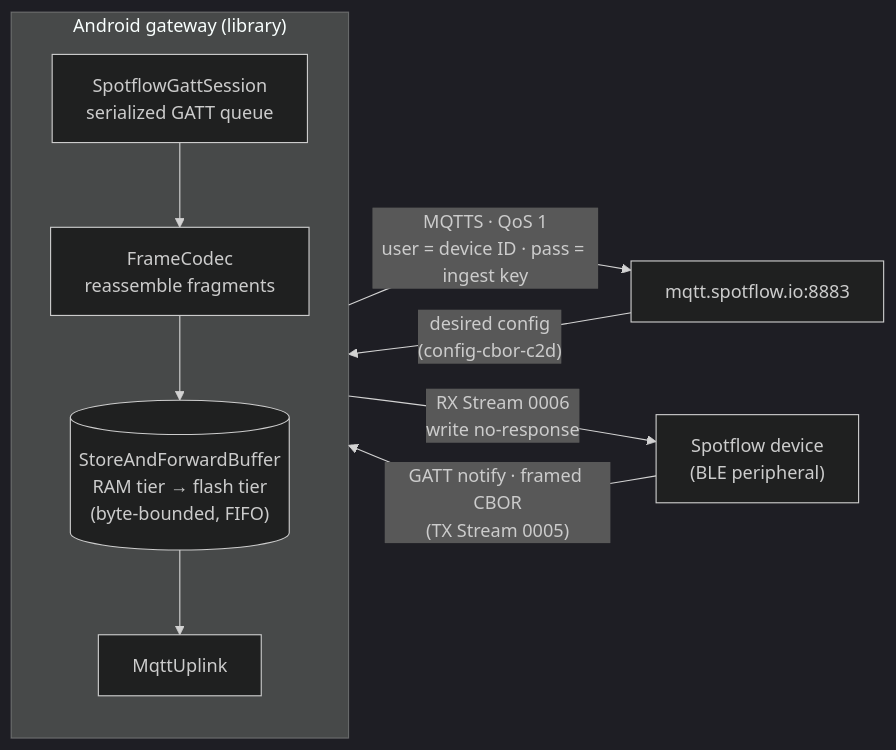
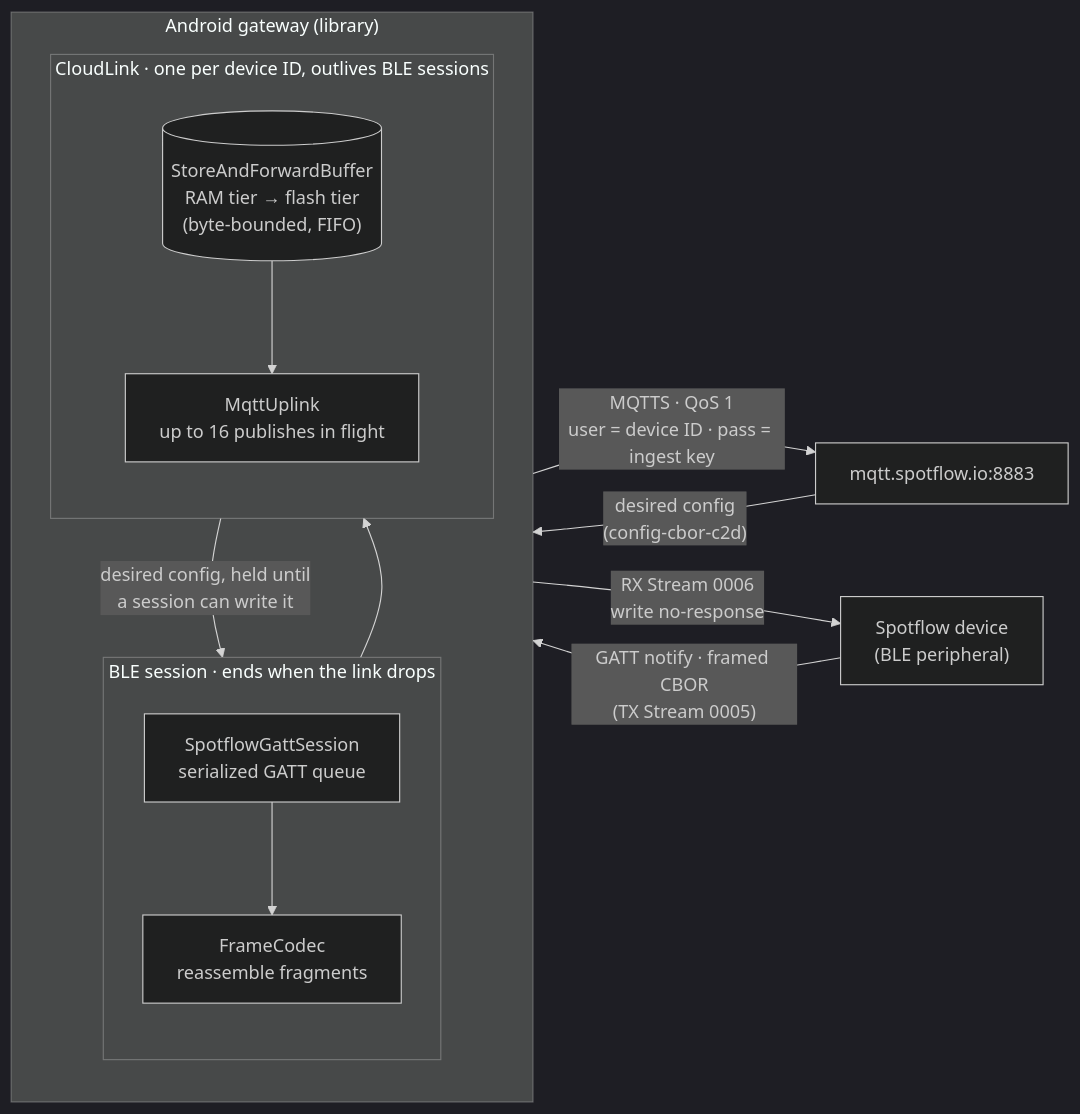
The first of 2 diagrams in README.md (kucerah0nza/spotflow-android-gateway), drawn with Mermaid (dark theme) before and after one commit. The commit also changed other lines of this file, not shown here.

First line of the commit message:
README: bring the diagrams and the build and test notes up to date

````diff
--- a/README.md
+++ b/README.md
@@ -45,20 +45,29 @@
 ```mermaid
 flowchart LR
     D["Spotflow device<br/>(BLE peripheral)"]
 
     subgraph G["Android gateway (library)"]
         direction TB
-        S["SpotflowGattSession<br/>serialized GATT queue"]
-        F["FrameCodec<br/>reassemble fragments"]
-        B[("StoreAndForwardBuffer<br/>RAM tier → flash tier<br/>(byte-bounded, FIFO)")]
-        U["MqttUplink"]
-        S --> F --> B --> U
+        subgraph BLE["BLE session · ends when the link drops"]
+            direction TB
+            S["SpotflowGattSession<br/>serialized GATT queue"]
+            F["FrameCodec<br/>reassemble fragments"]
+            S --> F
+        end
+        subgraph CL["CloudLink · one per device ID, outlives BLE sessions"]
+            direction TB
+            B[("StoreAndForwardBuffer<br/>RAM tier → flash tier<br/>(byte-bounded, FIFO)")]
+            U["MqttUplink<br/>up to 16 publishes in flight"]
+            B --> U
+        end
+        F --> B
     end
 
     C["mqtt.spotflow.io:8883"]
 
     D -- "GATT notify · framed CBOR<br/>(TX Stream 0005)" --> S
     U -- "MQTTS · QoS 1<br/>user = device ID · pass = ingest key" --> C
     C -- "desired config<br/>(config-cbor-c2d)" --> U
-    U -- "RX Stream 0006<br/>write no-response" --> D
+    U -- "desired config, held until<br/>a session can write it" --> S
+    S -- "RX Stream 0006<br/>write no-response" --> D
 ```
````
